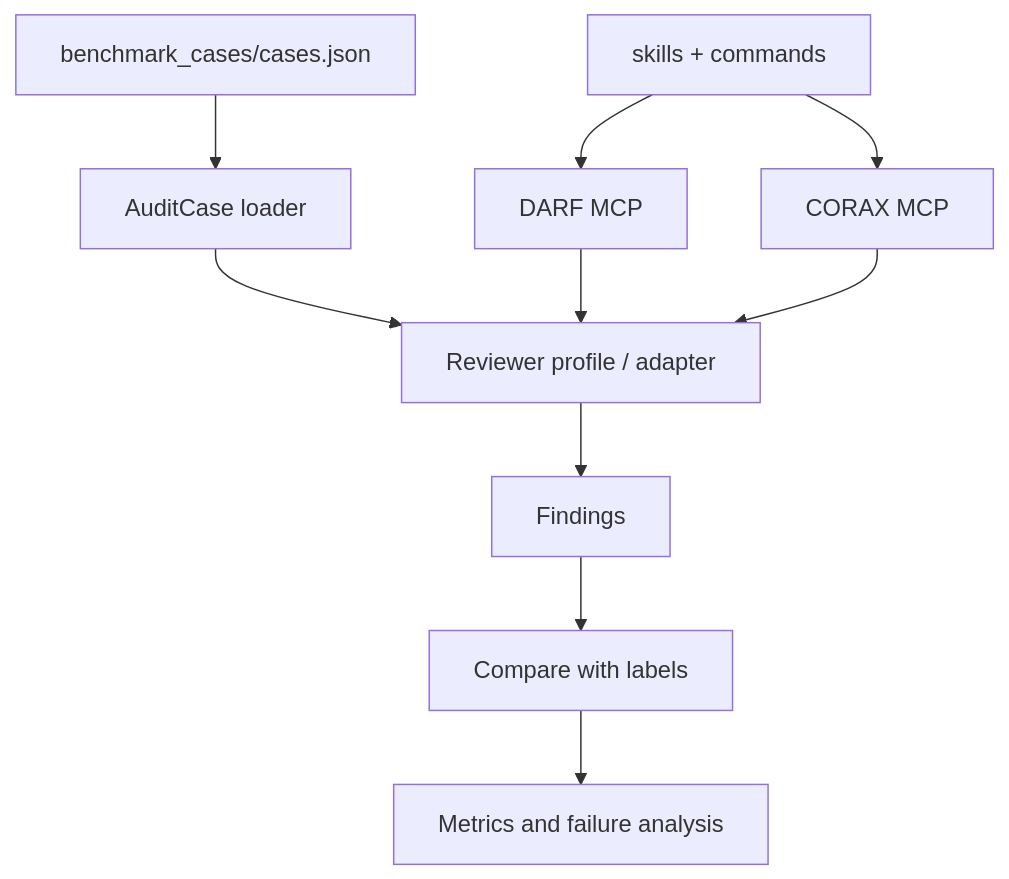
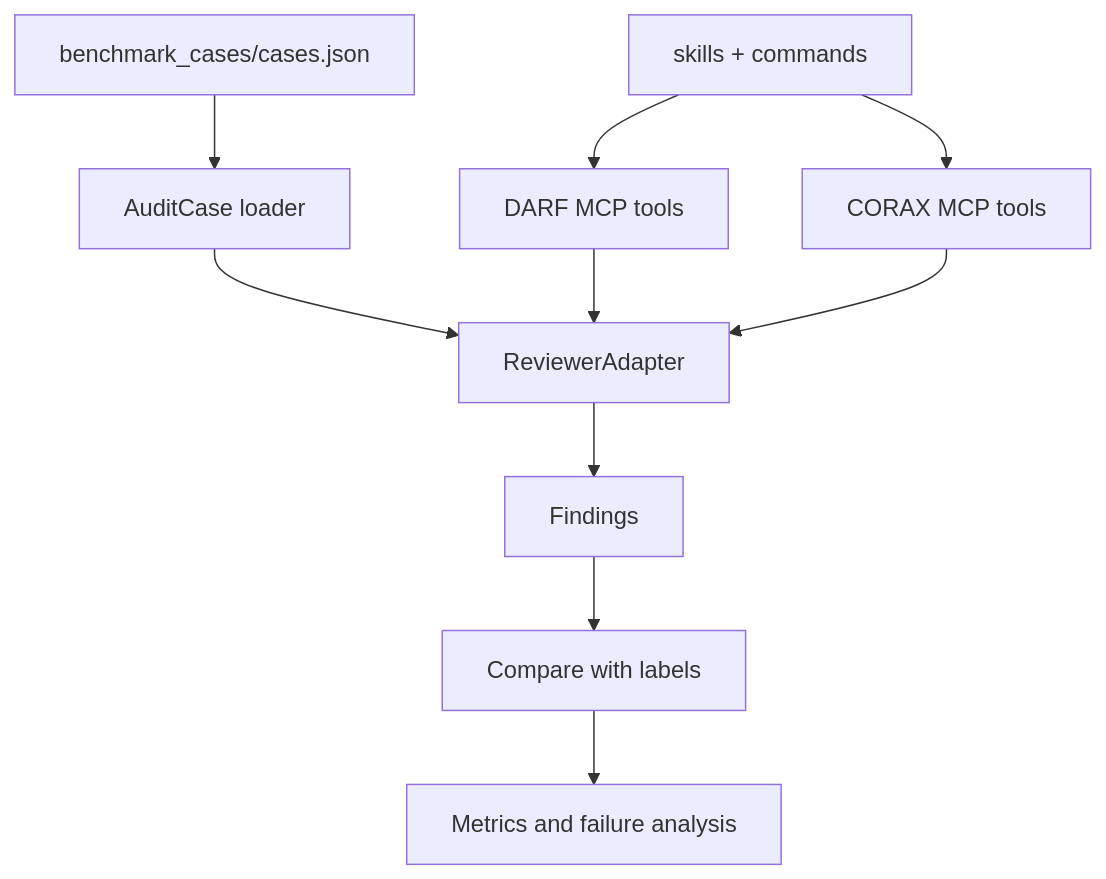
The first of 2 diagrams in docs/architecture.md (PrentendYan/genaiprj), drawn with Mermaid before and after one commit. The commit also changed other lines of this file and 13 other files, not shown here.

Commit message:
Make DARF CORAX adapters runnable

````diff
--- a/docs/architecture.md
+++ b/docs/architecture.md
@@ -10,13 +10,13 @@
 ```mermaid
 flowchart TD
     A["benchmark_cases/cases.json"] --> B["AuditCase loader"]
-    B --> C["Reviewer profile / adapter"]
+    B --> C["ReviewerAdapter"]
     C --> D["Findings"]
     D --> E["Compare with labels"]
     E --> F["Metrics and failure analysis"]
 
-    G["DARF MCP"] --> C
-    H["CORAX MCP"] --> C
+    G["DARF MCP tools"] --> C
+    H["CORAX MCP tools"] --> C
     I["skills + commands"] --> G
     I --> H
 ```
````
